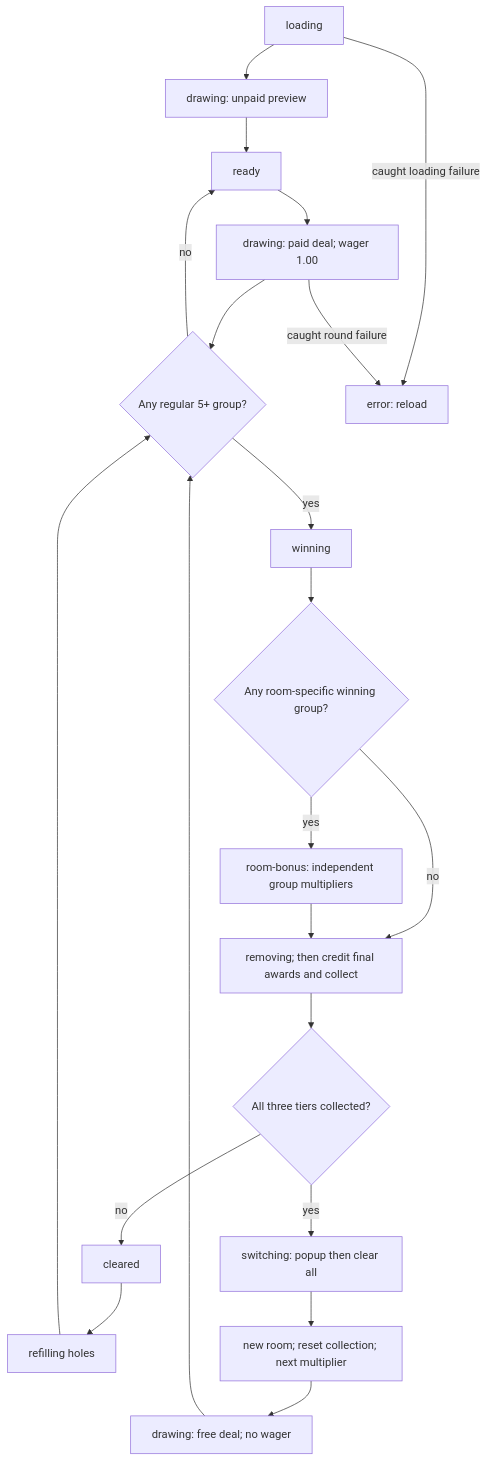
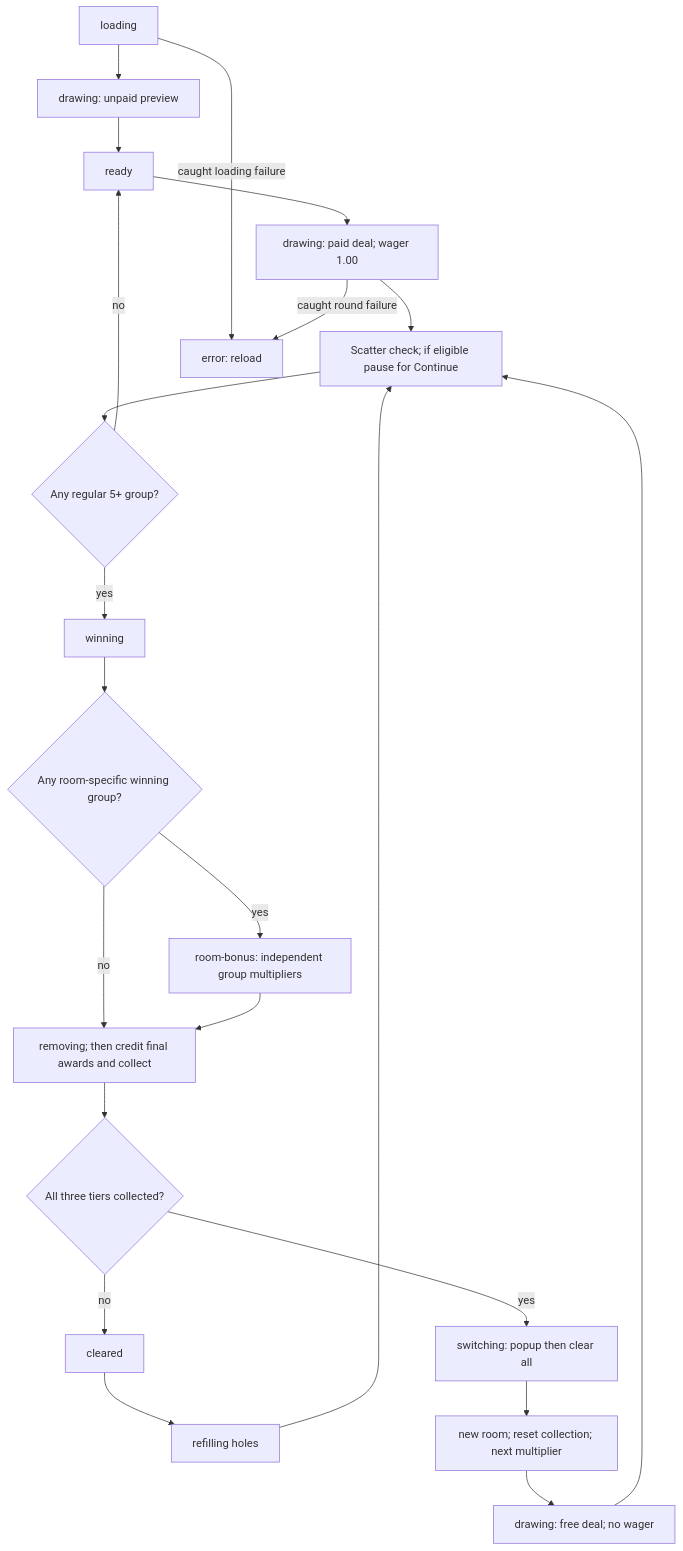
One commit to SishaMafonov/prototypes changed the diagram in fool-house/docs/game-rules/02-round-flow.md. Above: the diagram before and after it, drawn with Mermaid. The commit also changed other lines of this file and 20 other files, not shown here.

````diff
--- a/fool-house/docs/game-rules/02-round-flow.md
+++ b/fool-house/docs/game-rules/02-round-flow.md
@@ -78,23 +81,24 @@
 ```mermaid
 flowchart TD
   L[loading] --> P[drawing: unpaid preview]
   P --> R[ready]
   R --> D[drawing: paid deal; wager 1.00]
-  D --> Q{Any regular 5+ group?}
+  D --> T[Scatter check; if eligible pause for Continue]
+  T --> Q{Any regular 5+ group?}
   Q -->|no| R
   Q -->|yes| W[winning]
   W --> J{Any room-specific winning group?}
   J -->|yes| K[room-bonus: independent group multipliers]
   J -->|no| M[removing; then credit final awards and collect]
   K --> M
   M --> C{All three tiers collected?}
   C -->|no| H[cleared]
   H --> F[refilling holes]
-  F --> Q
+  F --> T
   C -->|yes| S[switching: popup then clear all]
   S --> B[new room; reset collection; next multiplier]
   B --> G[drawing: free deal; no wager]
-  G --> Q
+  G --> T
   L -->|caught loading failure| E[error: reload]
   D -->|caught round failure| E
 ```
````
